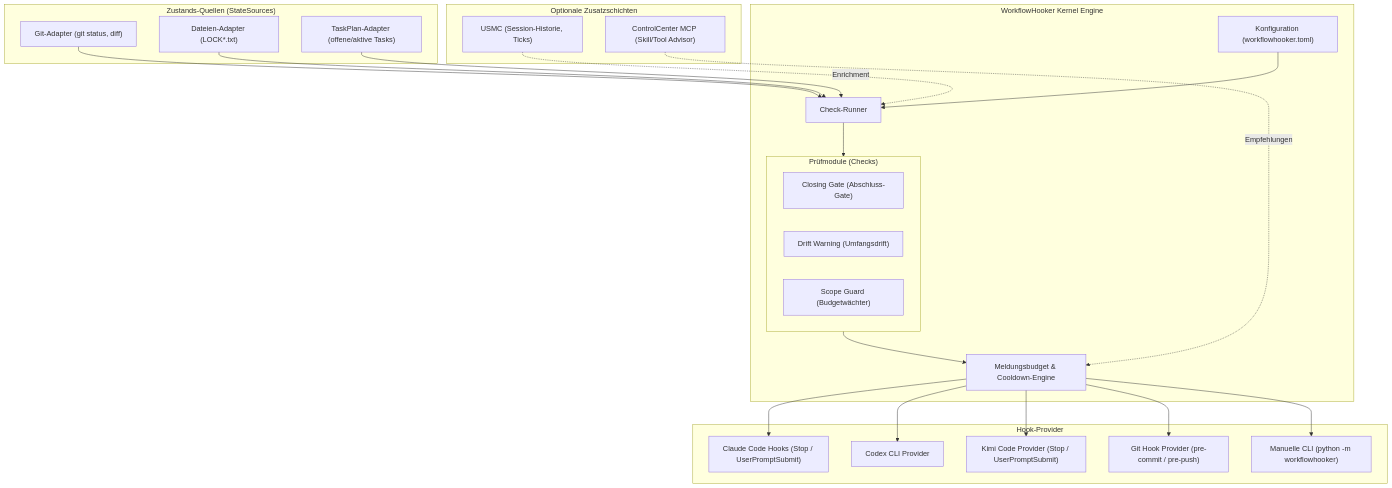
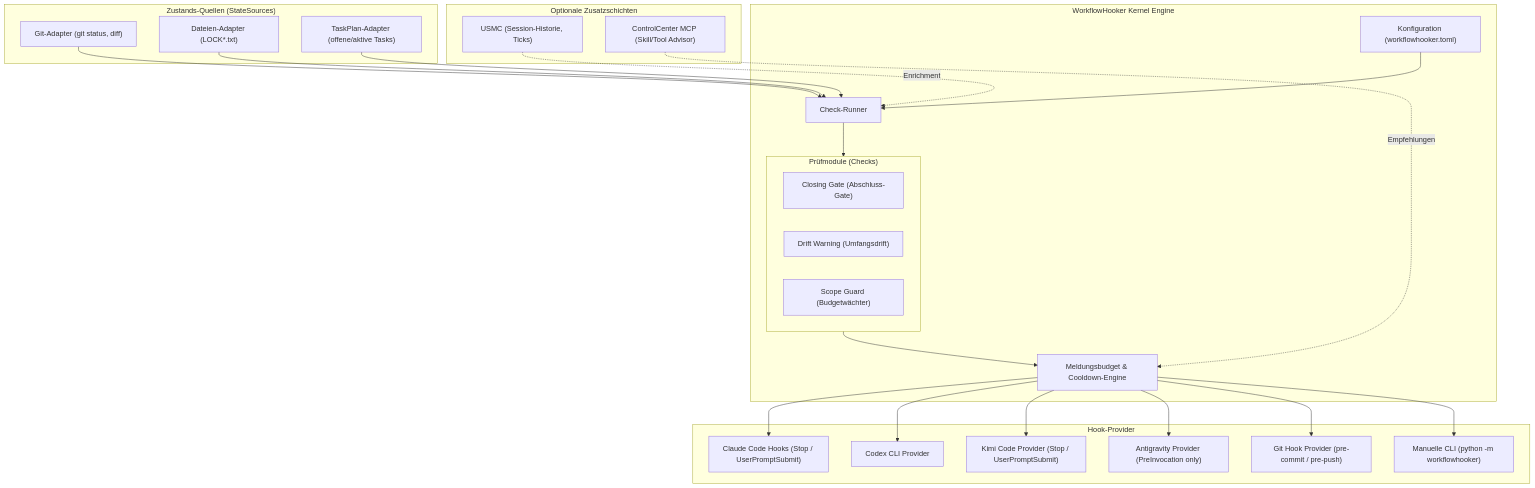
The first of 2 diagrams in README_de.md (ellmos-ai/WORKFLOWHOOKER), drawn with Mermaid before and after one commit. The commit also changed other lines of this file and 10 other files, not shown here.

First line of the commit message:
feat(providers): add AgyProvider (Antigravity) analog to memoryhooker/providers/agy.py

````diff
--- a/README_de.md
+++ b/README_de.md
@@ -35,49 +35,51 @@
 ```mermaid
 graph TD
     subgraph StateSources ["Zustands-Quellen (StateSources)"]
         GitSource["Git-Adapter (git status, diff)"]
         FilesSource["Dateien-Adapter (LOCK*.txt)"]
         TaskPlanSource["TaskPlan-Adapter (offene/aktive Tasks)"]
     end
 
     subgraph Core ["WorkflowHooker Kernel Engine"]
         Config["Konfiguration (workflowhooker.toml)"]
         CheckRunner["Check-Runner"]
         subgraph Checks ["Prüfmodule (Checks)"]
             ClosingGate["Closing Gate (Abschluss-Gate)"]
             DriftWarning["Drift Warning (Umfangsdrift)"]
             ScopeGuard["Scope Guard (Budgetwächter)"]
         end
         BudgetCooldown["Meldungsbudget & Cooldown-Engine"]
     end
 
     subgraph OptionalLayers ["Optionale Zusatzschichten"]
         USMC["USMC (Session-Historie, Ticks)"]
         ControlCenter["ControlCenter MCP (Skill/Tool Advisor)"]
     end
 
     subgraph HookProviders ["Hook-Provider"]
         ClaudeProvider["Claude Code Hooks (Stop / UserPromptSubmit)"]
         CodexProvider["Codex CLI Provider"]
         KimiProvider["Kimi Code Provider (Stop / UserPromptSubmit)"]
+        AgyProvider["Antigravity Provider (PreInvocation only)"]
         GitHookProvider["Git Hook Provider (pre-commit / pre-push)"]
         CLIProvider["Manuelle CLI (python -m workflowhooker)"]
     end
 
     GitSource --> CheckRunner
     FilesSource --> CheckRunner
     TaskPlanSource --> CheckRunner
 
     Config --> CheckRunner
     CheckRunner --> Checks
     Checks --> BudgetCooldown
 
     USMC -.->|Enrichment| CheckRunner
     ControlCenter -.->|Empfehlungen| BudgetCooldown
 
     BudgetCooldown --> ClaudeProvider
     BudgetCooldown --> CodexProvider
     BudgetCooldown --> KimiProvider
+    BudgetCooldown --> AgyProvider
     BudgetCooldown --> GitHookProvider
     BudgetCooldown --> CLIProvider
 ```
````
